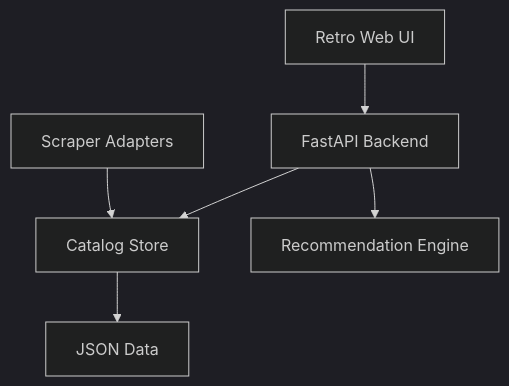
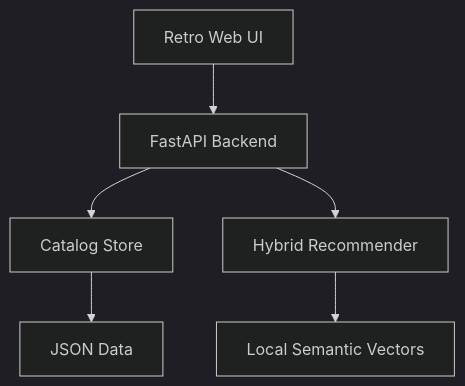
The diagram in README.md (ACHYouth/Diviner), drawn with Mermaid (dark theme) before and after one commit. The commit also changed other lines of this file, not shown here.

````diff
--- a/README.md
+++ b/README.md
@@ -16,8 +104,8 @@
 ```mermaid
 flowchart TD
     UI["Retro Web UI"] --> API["FastAPI Backend"]
     API --> Catalog["Catalog Store"]
-    API --> Rec["Recommendation Engine"]
-    Scrapers["Scraper Adapters"] --> Catalog
+    API --> Rec["Hybrid Recommender"]
+    Rec --> Vectors["Local Semantic Vectors"]
     Catalog --> Data["JSON Data"]
 ```
````
